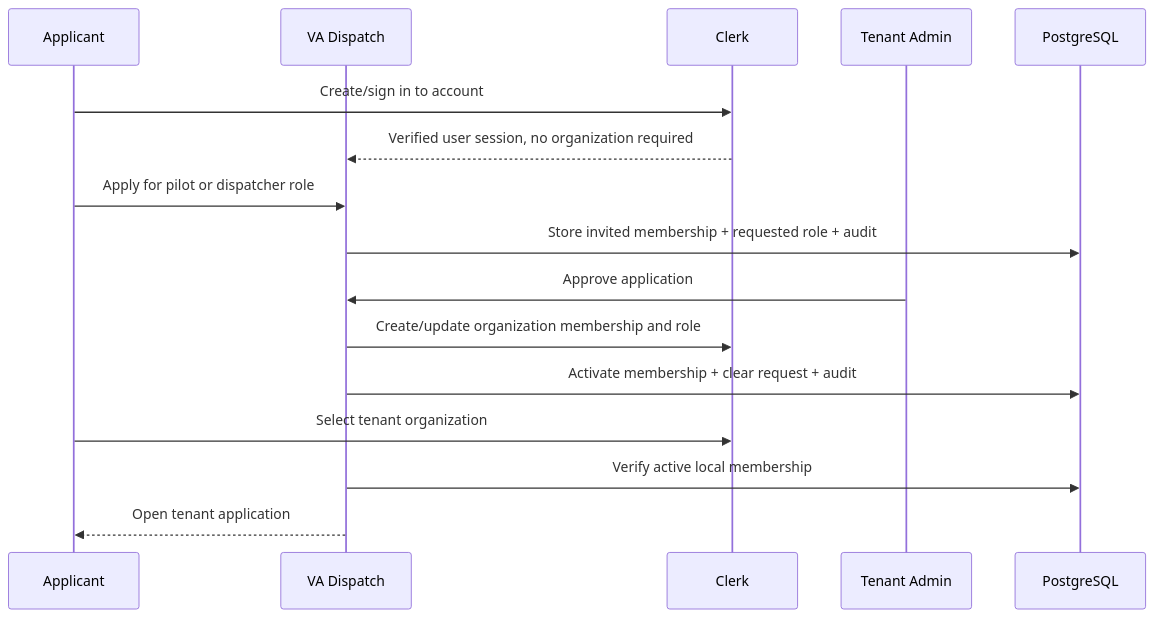
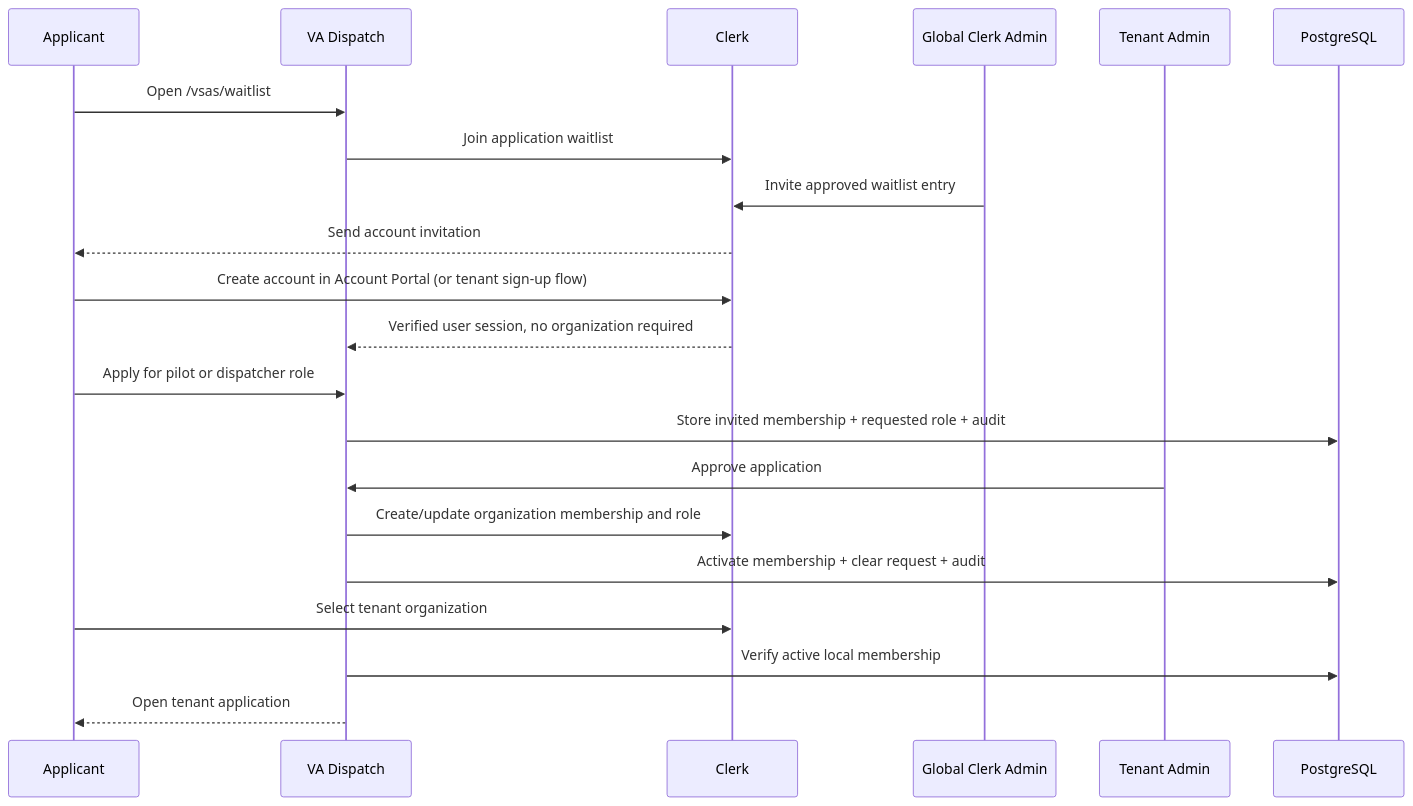
The second of 2 diagrams in wiki/Authentication-and-Multi-Tenancy.md (shiftbloom-studio/va-dispatcher), drawn with Mermaid before and after one commit. The commit also changed other lines of this file and 51 other files, not shown here.

````diff
--- a/wiki/Authentication-and-Multi-Tenancy.md
+++ b/wiki/Authentication-and-Multi-Tenancy.md
@@ -114,19 +121,24 @@
 ```mermaid
 sequenceDiagram
     participant U as Applicant
     participant W as VA Dispatch
     participant C as Clerk
+    participant G as Global Clerk Admin
     participant A as Tenant Admin
     participant D as PostgreSQL
 
-    U->>C: Create/sign in to account
+    U->>W: Open /vsas/waitlist
+    W->>C: Join application waitlist
+    G->>C: Invite approved waitlist entry
+    C-->>U: Send account invitation
+    U->>C: Create account in Account Portal (or tenant sign-up flow)
     C-->>W: Verified user session, no organization required
     U->>W: Apply for pilot or dispatcher role
     W->>D: Store invited membership + requested role + audit
     A->>W: Approve application
     W->>C: Create/update organization membership and role
     W->>D: Activate membership + clear request + audit
     U->>C: Select tenant organization
     W->>D: Verify active local membership
     W-->>U: Open tenant application
 ```
````
